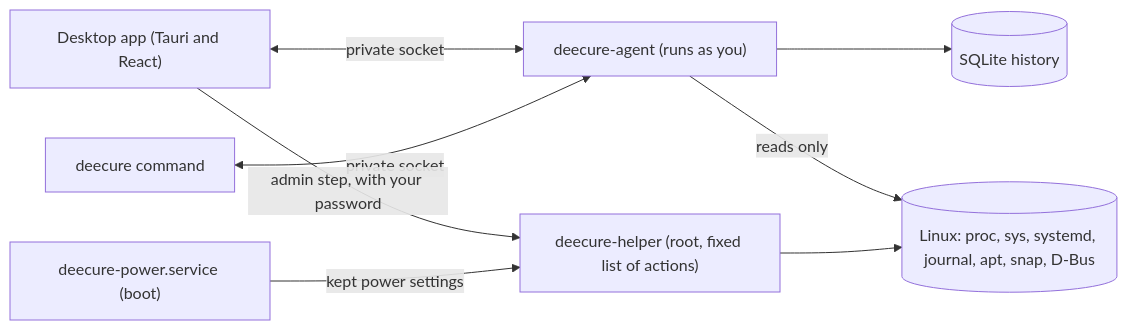
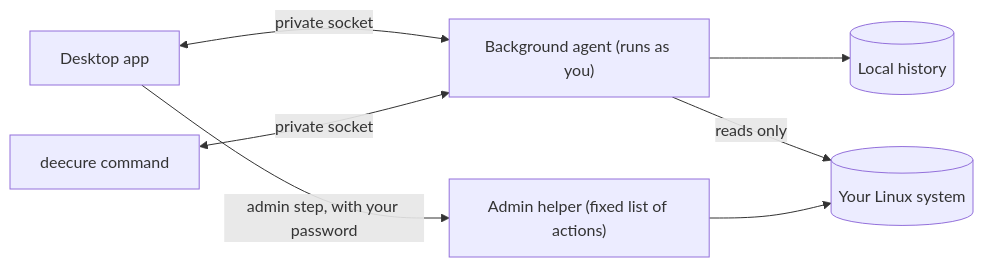
One commit to krisskad0/DeeCure changed the diagram in README.md. Above: the diagram before and after it, drawn with Mermaid. The commit also changed other lines of this file, not shown here.

````diff
--- a/README.md
+++ b/README.md
@@ -140,17 +140,15 @@
 ```mermaid
 flowchart LR
-  App["Desktop app (Tauri and React)"]
+  App["Desktop app"]
   CLI["deecure command"]
-  Agent["deecure-agent (runs as you)"]
-  DB[("SQLite history")]
-  Linux[("Linux: proc, sys, systemd, journal, apt, snap, D-Bus")]
-  Helper["deecure-helper (root, fixed list of actions)"]
-  Boot["deecure-power.service (boot)"]
+  Agent["Background agent (runs as you)"]
+  DB[("Local history")]
+  Linux[("Your Linux system")]
+  Helper["Admin helper (fixed list of actions)"]
   App <-->|private socket| Agent
   CLI <-->|private socket| Agent
   Agent --> DB
   Agent -->|reads only| Linux
   App -->|admin step, with your password| Helper
   Helper --> Linux
-  Boot -->|kept power settings| Helper
 ```
````
